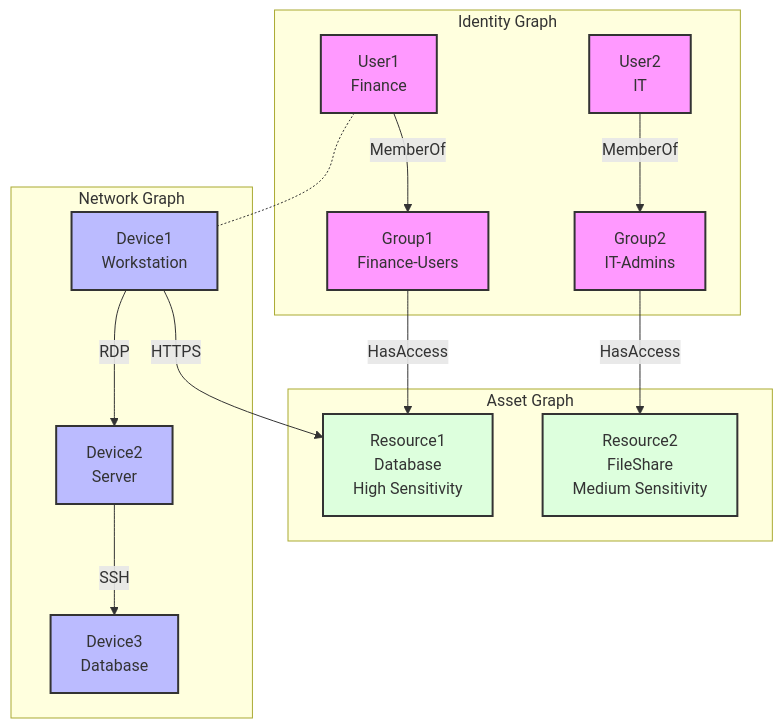
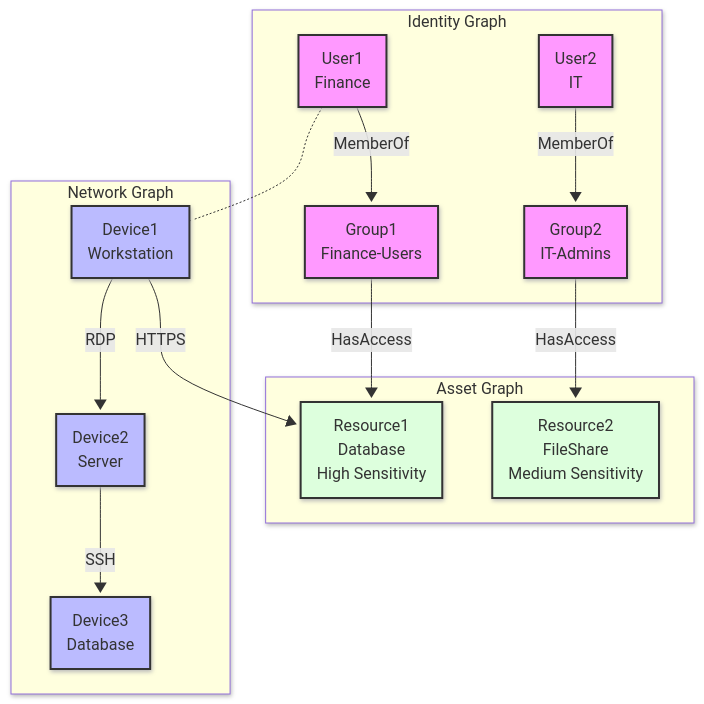
Before and after one commit to MicrosoftDocs/dataexplorer-docs: the fourth of 6 diagrams in data-explorer/graph-scenarios.md, drawn with Mermaid. The commit also changed other lines of this file and 1 other file, not shown here.

Commit message:
more mermaid

````diff
--- a/data-explorer/graph-scenarios.md
+++ b/data-explorer/graph-scenarios.md
@@ -192,30 +207,35 @@
 ```mermaid
+---
+config:
+  look: neo
+  theme: default
+---
 flowchart TD
     subgraph Asset Graph
         Resource1["Resource1<br>Database<br>High Sensitivity"]
         Resource2["Resource2<br>FileShare<br>Medium Sensitivity"]
     end
 
     subgraph Identity Graph
         User1["User1<br>Finance"] -- "MemberOf" --> Group1["Group1<br>Finance-Users"]
         User2["User2<br>IT"] -- "MemberOf" --> Group2["Group2<br>IT-Admins"]
         Group1 -- "HasAccess" --> Resource1
         Group2 -- "HasAccess" --> Resource2
     end
     
     subgraph Network Graph
         Device1["Device1<br>Workstation"] -- "RDP" --> Device2["Device2<br>Server"]
         Device2 -- "SSH" --> Device3["Device3<br>Database"]
         Device1 -- "HTTPS" --> Resource1
     end
 
     User1 -.- Device1
     
     classDef identity fill:#f9f,stroke:#333,stroke-width:2px
     classDef network fill:#bbf,stroke:#333,stroke-width:2px
     classDef asset fill:#dfd,stroke:#333,stroke-width:2px
     
     class User1,User2,Group1,Group2 identity
     class Device1,Device2,Device3 network
     class Resource1,Resource2 asset
 ```
````
